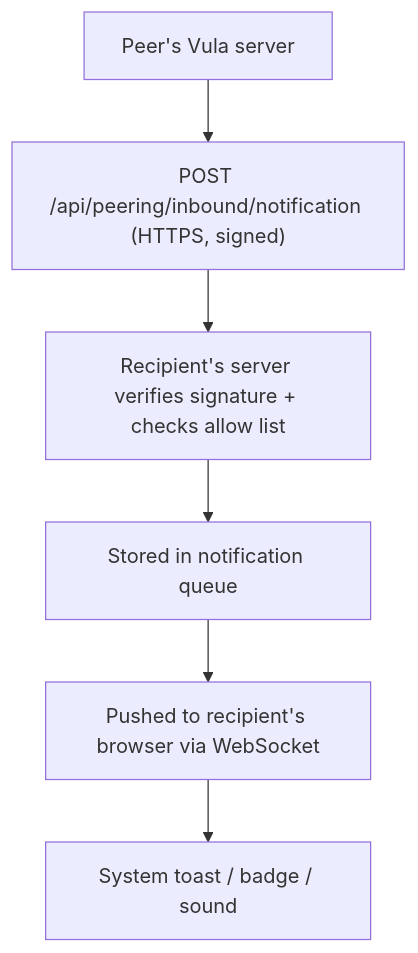
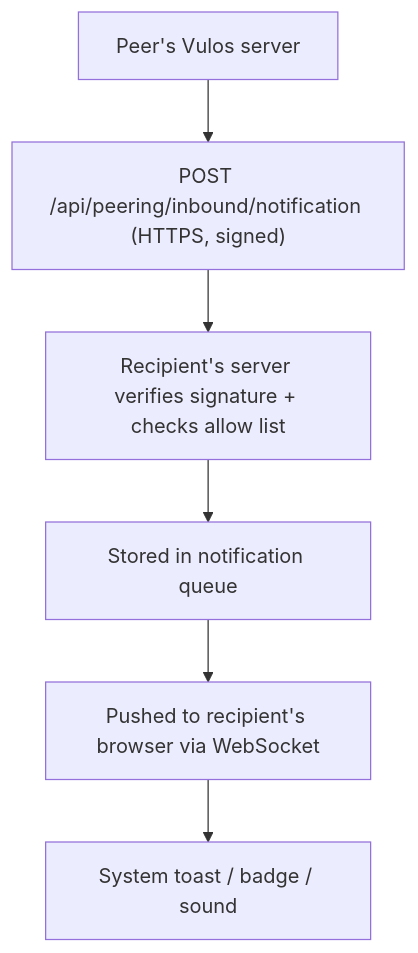
Before and after one commit to vul-os/vulos: the second of 2 diagrams in roadmap/NOTIFICATIONS.md, drawn with Mermaid. The commit also changed other lines of this file and 138 other files, not shown here.

````diff
--- a/roadmap/NOTIFICATIONS.md
+++ b/roadmap/NOTIFICATIONS.md
@@ -206,8 +206,8 @@
 ```mermaid
 flowchart TD
-    A["Peer's Vula server"] --> B["POST /api/peering/inbound/notification (HTTPS, signed)"]
+    A["Peer's Vulos server"] --> B["POST /api/peering/inbound/notification (HTTPS, signed)"]
     B --> C["Recipient's server verifies signature + checks allow list"]
     C --> D["Stored in notification queue"]
     D --> E["Pushed to recipient's browser via WebSocket"]
     E --> F["System toast / badge / sound"]
 ```
````
